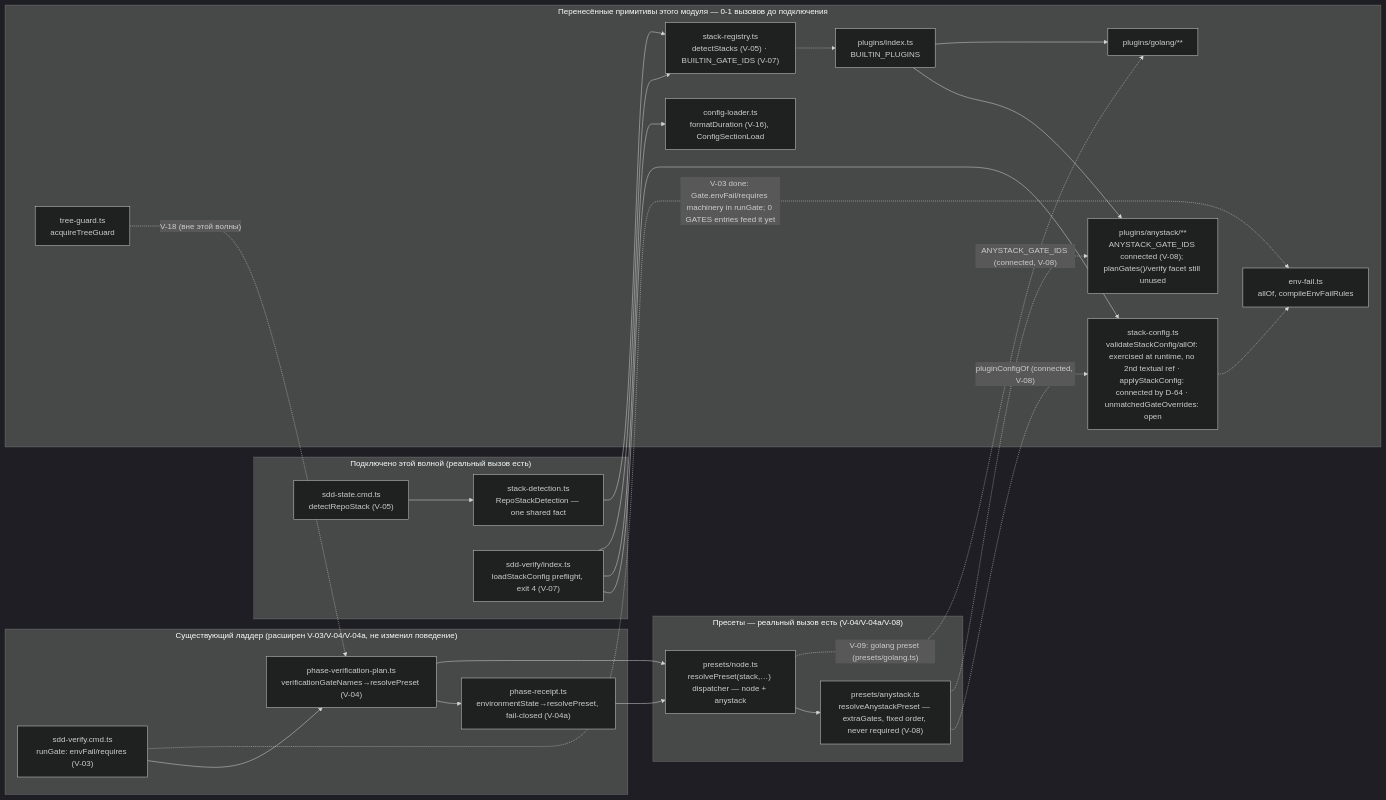
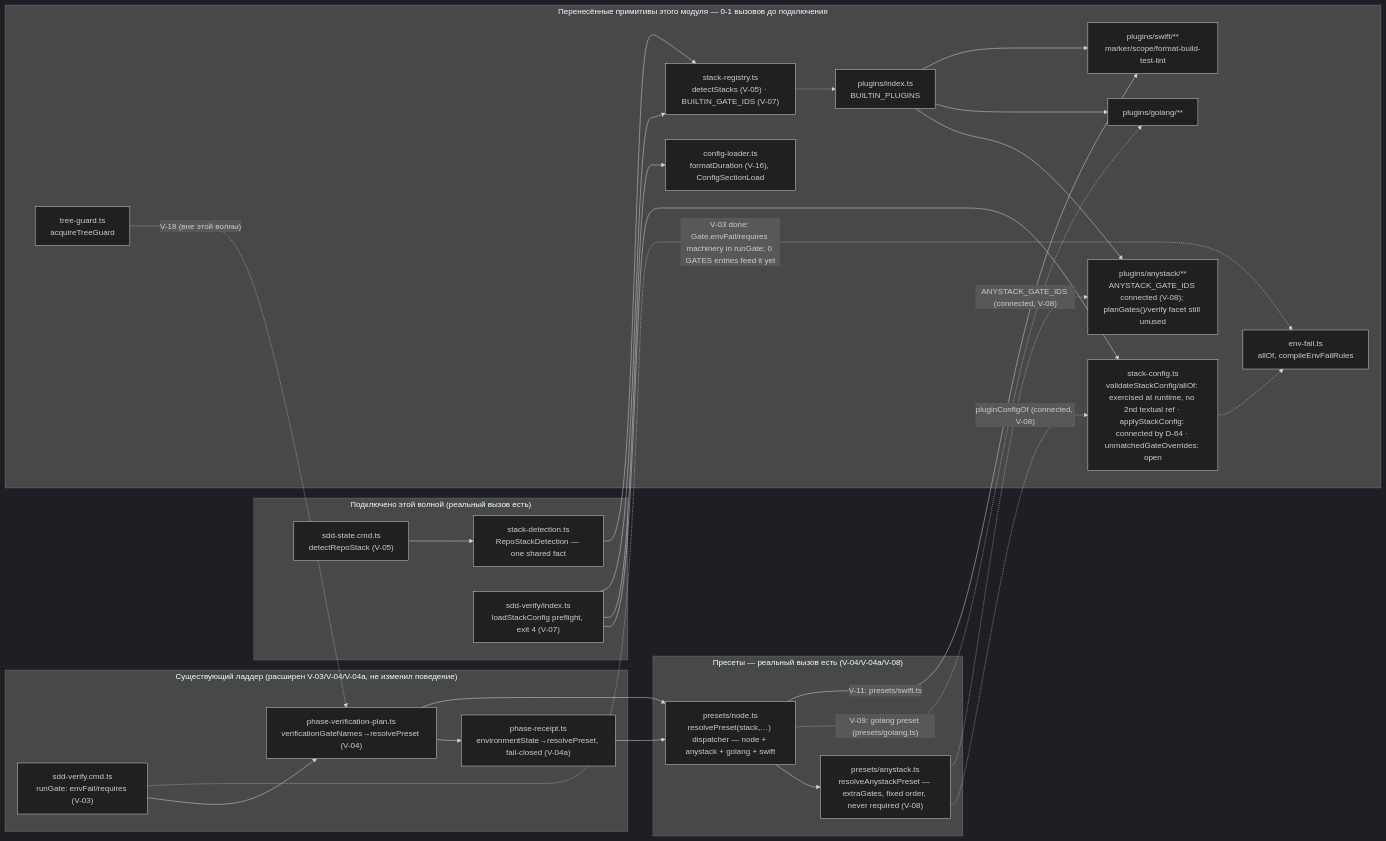
Before and after one commit to RubaXa/gennady: the first of 2 diagrams in specs/cli/verify/verify.spec.md, drawn with Mermaid (dark theme). The commit also changed other lines of this file and 37 other files, not shown here.

Commit message:
feat(verify): add Swift stack support

````diff
--- a/specs/cli/verify/verify.spec.md
+++ b/specs/cli/verify/verify.spec.md
@@ -29,48 +30,51 @@
 ```mermaid
 flowchart LR
   subgraph existing["Существующий ладдер (расширен V-03/V-04/V-04a, не изменил поведение)"]
     CMD["sdd-verify.cmd.ts\nrunGate: envFail/requires (V-03)"] --> PLAN["phase-verification-plan.ts\nverificationGateNames→resolvePreset (V-04)"]
     PLAN --> RCPT["phase-receipt.ts\nenvironmentState→resolvePreset, fail-closed (V-04a)"]
   end
 
   subgraph presets["Пресеты — реальный вызов есть (V-04/V-04a/V-08)"]
-    NODE["presets/node.ts\nresolvePreset(stack,…) dispatcher — node + anystack"]
+    NODE["presets/node.ts\nresolvePreset(stack,…) dispatcher — node + anystack + golang + swift"]
     ANYP["presets/anystack.ts\nresolveAnystackPreset — extraGates, fixed order, never required (V-08)"]
   end
 
   subgraph connected["Подключено этой волной (реальный вызов есть)"]
     STATE["sdd-state.cmd.ts\ndetectRepoStack (V-05)"]
     SD["stack-detection.ts\nRepoStackDetection — one shared fact"]
     IDX["sdd-verify/index.ts\nloadStackConfig preflight, exit 4 (V-07)"]
   end
 
   subgraph ported["Перенесённые примитивы этого модуля — 0-1 вызовов до подключения"]
     REG["stack-registry.ts\ndetectStacks (V-05) · BUILTIN_GATE_IDS (V-07)"]
     CFG["stack-config.ts\nvalidateStackConfig/allOf: exercised at runtime, no 2nd textual ref · applyStackConfig: connected by D-64 · unmatchedGateOverrides: open"]
     ENVF["env-fail.ts\nallOf, compileEnvFailRules"]
     TG["tree-guard.ts\nacquireTreeGuard"]
     LOADER["config-loader.ts\nformatDuration (V-16), ConfigSectionLoad"]
     PLUGINS["plugins/index.ts\nBUILTIN_PLUGINS"]
     ANY["plugins/anystack/**\nANYSTACK_GATE_IDS connected (V-08); planGates()/verify facet still unused"]
     GO["plugins/golang/**"]
+    SWIFT["plugins/swift/**\nmarker/scope/format-build-test-lint"]
   end
 
   PLAN --> NODE
   RCPT --> NODE
   NODE --> ANYP
   ANYP -. "pluginConfigOf (connected, V-08)" .-> CFG
   ANYP -. "ANYSTACK_GATE_IDS (connected, V-08)" .-> ANY
   PLUGINS --> ANY
   PLUGINS --> GO
+  PLUGINS --> SWIFT
   CFG -.-> ENVF
   REG -.-> PLUGINS
   STATE --> SD
   SD --> REG
   IDX --> CFG
   IDX --> LOADER
   IDX --> REG
 
   CMD -. "V-03 done: Gate.envFail/requires machinery in runGate; 0 GATES entries feed it yet" .-> ENVF
   NODE -. "V-09: golang preset (presets/golang.ts)" .-> GO
+  NODE -->|"V-11: presets/swift.ts"| SWIFT
   TG -. "V-18 (вне этой волны)" .-> PLAN
 ```
````
